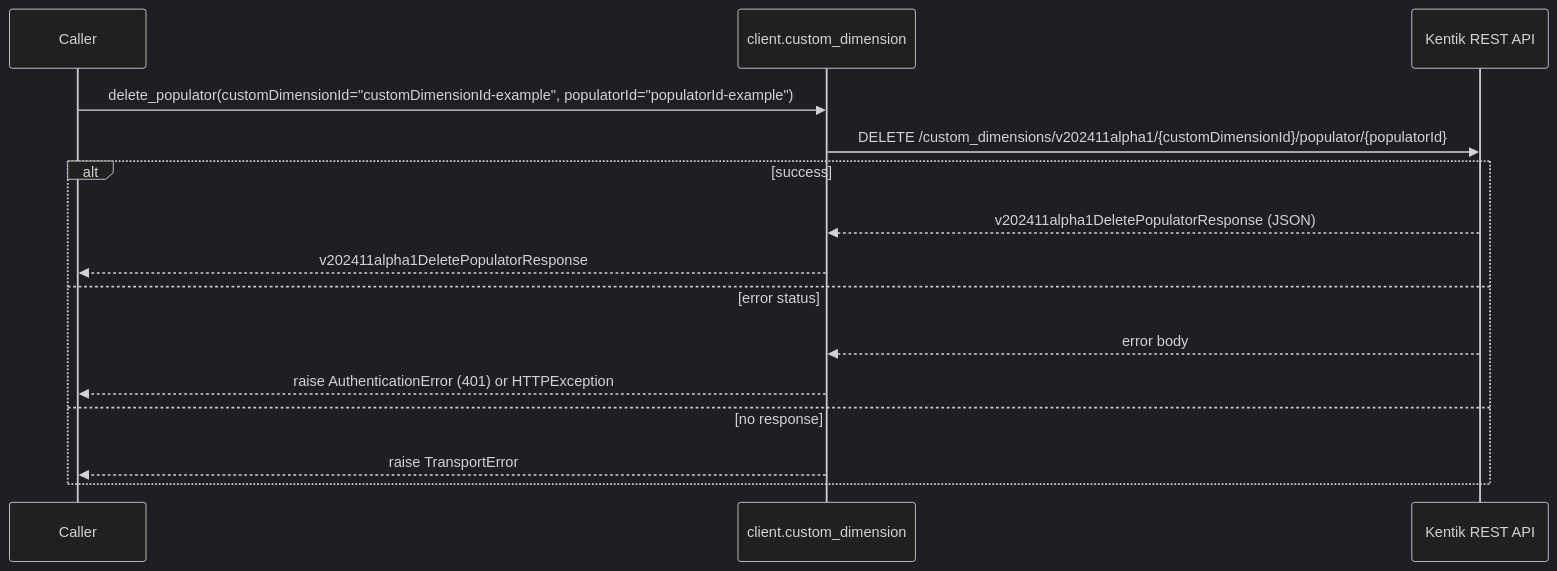
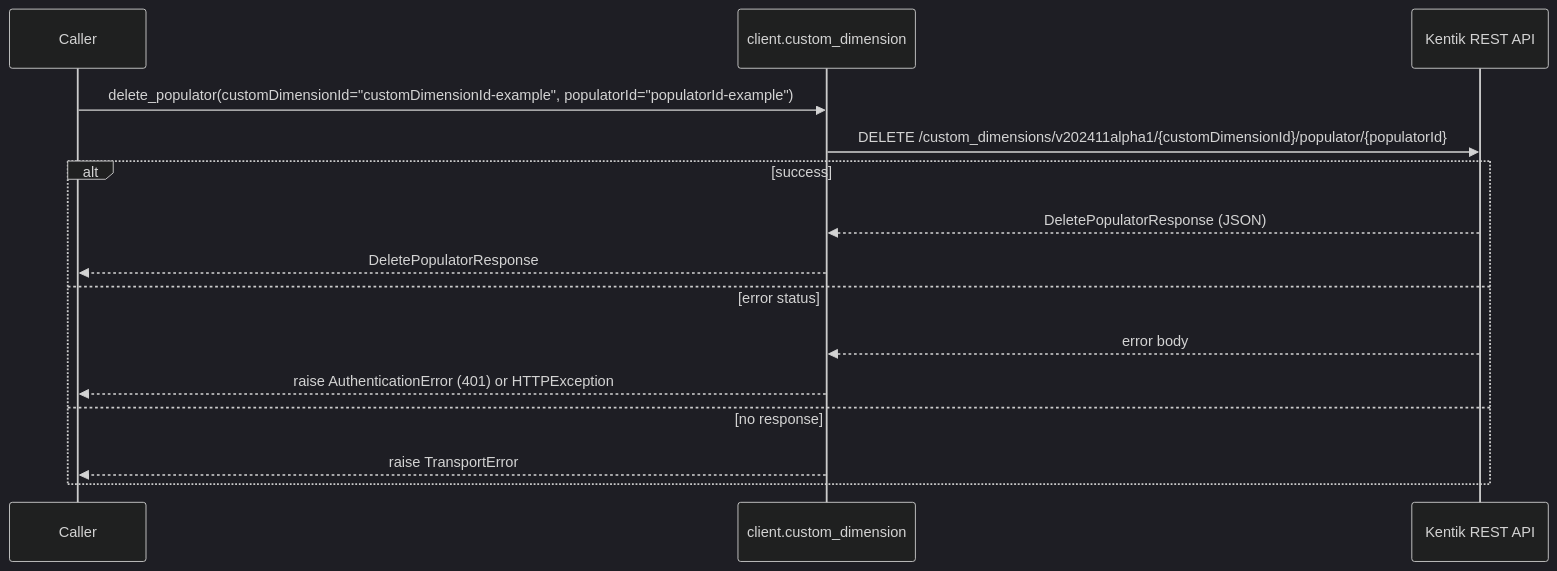
One commit to alexdearaujo/community_sdk_python changed diagram 16 of 22 in docs/sphinx/services/custom_dimension.md. Above: the diagram before and after it, drawn with Mermaid (dark theme). The commit also changed other lines of this file and 38 other files, not shown here.

````diff
--- a/docs/sphinx/services/custom_dimension.md
+++ b/docs/sphinx/services/custom_dimension.md
@@ -573,18 +573,18 @@
 ```mermaid
 sequenceDiagram
     participant C as Caller
     participant W as client.custom_dimension
     participant API as Kentik REST API
 
     C->>W: delete_populator(customDimensionId="customDimensionId-example", populatorId="populatorId-example")
     W->>API: DELETE /custom_dimensions/v202411alpha1/{customDimensionId}/populator/{populatorId}
     alt success
-        API-->>W: v202411alpha1DeletePopulatorResponse (JSON)
-        W-->>C: v202411alpha1DeletePopulatorResponse
+        API-->>W: DeletePopulatorResponse (JSON)
+        W-->>C: DeletePopulatorResponse
     else error status
         API-->>W: error body
         W-->>C: raise AuthenticationError (401) or HTTPException
     else no response
         W-->>C: raise TransportError
     end
 ```
````
